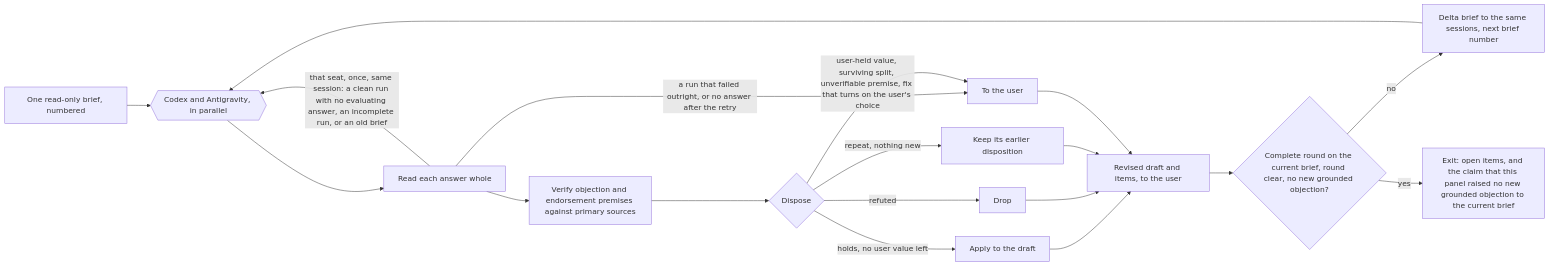
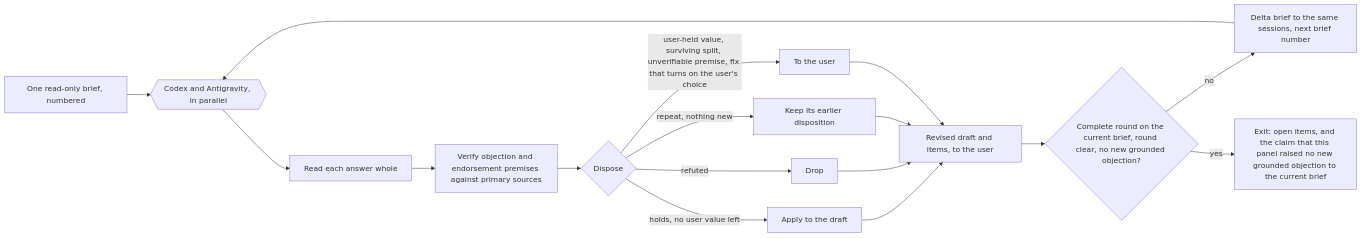
The diagram in delphi/README.md (jongwony/cc-plugin), drawn with Mermaid before and after one commit. The commit also changed other lines of this file and 3 other files, not shown here.

````diff
--- a/delphi/README.md
+++ b/delphi/README.md
@@ -13,20 +13,18 @@
 ```mermaid
 flowchart LR
   B[One read-only brief, numbered] --> P{{Codex and Antigravity, in parallel}}
   P --> R[Read each answer whole]
-  R -->|that seat, once, same session: a clean run with no evaluating answer, an incomplete run, or an old brief| P
-  R -->|a run that failed outright, or no answer after the retry| U[To the user]
   R --> V[Verify objection and endorsement premises against primary sources]
   V --> D{Dispose}
   D -->|holds, no user value left| A[Apply to the draft]
   D -->|refuted| X[Drop]
   D -->|repeat, nothing new| K[Keep its earlier disposition]
-  D -->|user-held value, surviving split, unverifiable premise, fix that turns on the user's choice| U
+  D -->|user-held value, surviving split, unverifiable premise, fix that turns on the user's choice| U[To the user]
   A --> H[Revised draft and items, to the user]
   X --> H
   K --> H
   U --> H
   H --> S{Complete round on the current brief, round clear, no new grounded objection?}
   S -->|no| Q[Delta brief to the same sessions, next brief number] --> P
   S -->|yes| E[Exit: open items, and the claim that this panel raised no new grounded objection to the current brief]
 ```
````
